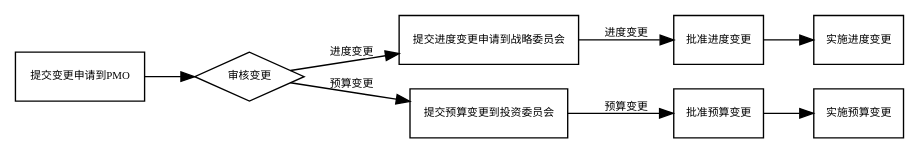
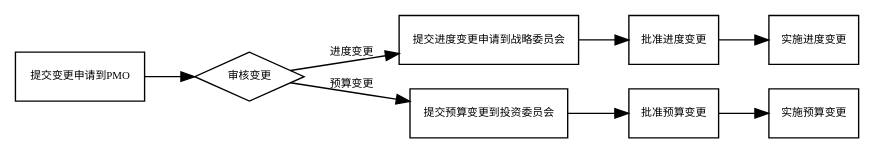
Before and after one commit to cruiurc/cruiurc.github.io: the diagram in source/work/lp/asset/变更流程图.rst, drawn with Graphviz.

```diff
--- a/source/work/lp/asset/变更流程图.rst
+++ b/source/work/lp/asset/变更流程图.rst
@@ -4,20 +4,20 @@
 .. graphviz::
 
     digraph 变更{
         rankdir=LR
         {
           提交变更申请到PMO [shape=box fontsize=8];
           审核变更 [shape=diamond fontsize=8];
           提交进度变更申请到战略委员会 [shape=box fontsize=8];
           提交预算变更到投资委员会 [shape=box fontsize=8];
           批准进度变更 [shape=box fontsize=8];
           批准预算变更 [shape=box fontsize=8];
           实施进度变更 [shape=box fontsize=8];
           实施预算变更 [shape=box fontsize=8];
         }
           提交变更申请到PMO -> 审核变更;
-          审核变更 -> 提交进度变更申请到战略委员会 -> 批准进度变更 [label="进度变更" fontsize=8];
-          批准进度变更 -> 实施进度变更;
-          审核变更 -> 提交预算变更到投资委员会 -> 批准预算变更 [label="预算变更" fontsize=8];
-          批准预算变更 -> 实施预算变更;
+          审核变更 -> 提交进度变更申请到战略委员会 [label="进度变更" fontsize=8];
+          提交进度变更申请到战略委员会 -> 批准进度变更 -> 实施进度变更;
+          审核变更 -> 提交预算变更到投资委员会 [label="预算变更" fontsize=8];
+          提交预算变更到投资委员会 -> 批准预算变更 -> 实施预算变更;
         }
```
